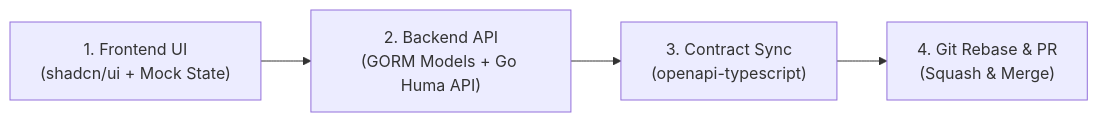
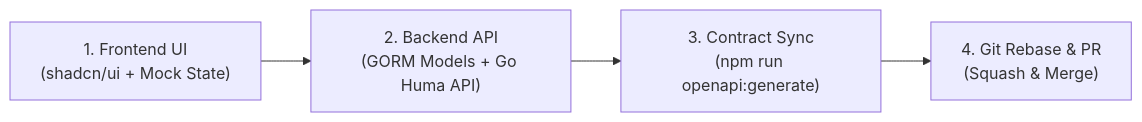
The second of 2 diagrams in README.md (moomaideng/eventory), drawn with Mermaid before and after one commit. The commit also changed other lines of this file and 18 other files, not shown here.

````diff
--- a/README.md
+++ b/README.md
@@ -131,7 +135,7 @@
 ```mermaid
 flowchart LR
     Step1["1. Frontend UI<br/>(shadcn/ui + Mock State)"]
     --> Step2["2. Backend API<br/>(GORM Models + Go Huma API)"]
-    --> Step3["3. Contract Sync<br/>(openapi-typescript)"]
+    --> Step3["3. Contract Sync<br/>(npm run openapi:generate)"]
     --> Step4["4. Git Rebase & PR<br/>(Squash & Merge)"]
 ```
````
